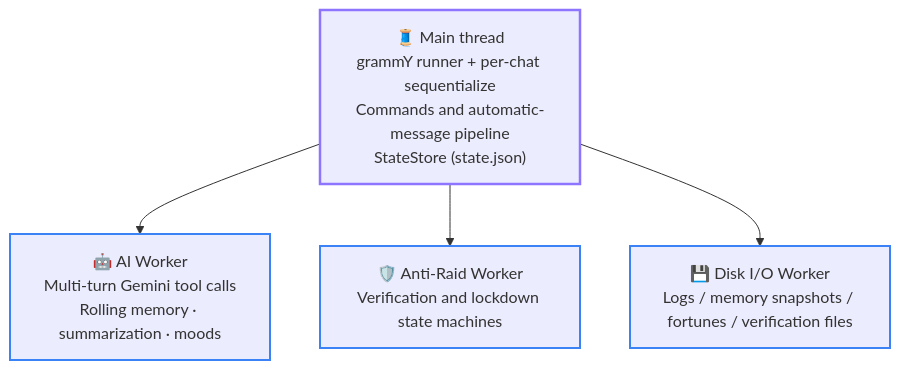
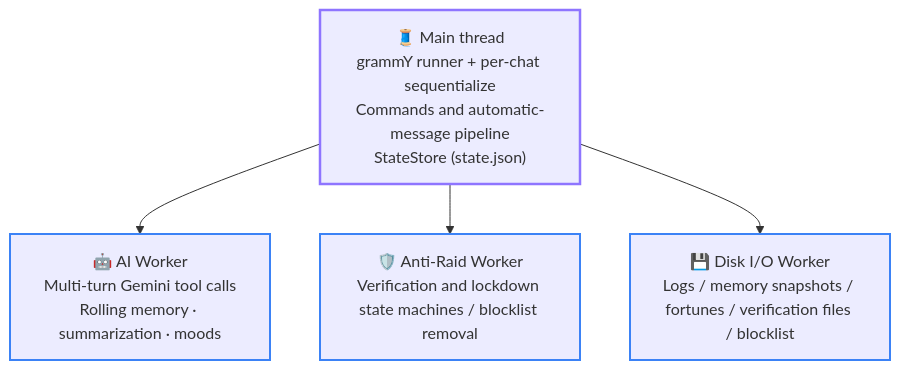
One commit to Asashishi/copy_ninjia changed the first of 2 diagrams in docs/en/02-architecture.md. Above: the diagram before and after it, drawn with Mermaid. The commit also changed other lines of this file and 152 other files, not shown here.

````diff
--- a/docs/en/02-architecture.md
+++ b/docs/en/02-architecture.md
@@ -17,14 +17,14 @@
 ```mermaid
 flowchart TD
     classDef main stroke:#8e75ff,stroke-width:2.5px;
     classDef worker stroke:#3b82f6,stroke-width:2px;
 
     MAIN["🧵 Main thread<br/>grammY runner + per-chat sequentialize<br/>Commands and automatic-message pipeline<br/>StateStore (state.json)"]:::main
     AI["🤖 AI Worker<br/>Multi-turn Gemini tool calls<br/>Rolling memory · summarization · moods"]:::worker
-    RAID["🛡️ Anti-Raid Worker<br/>Verification and lockdown state machines"]:::worker
-    DISK["💾 Disk I/O Worker<br/>Logs / memory snapshots / fortunes / verification files"]:::worker
+    RAID["🛡️ Anti-Raid Worker<br/>Verification and lockdown state machines / blocklist removal"]:::worker
+    DISK["💾 Disk I/O Worker<br/>Logs / memory snapshots / fortunes / verification files / blocklist"]:::worker
 
     MAIN --> AI
     MAIN --> RAID
     MAIN --> DISK
 ```
````
